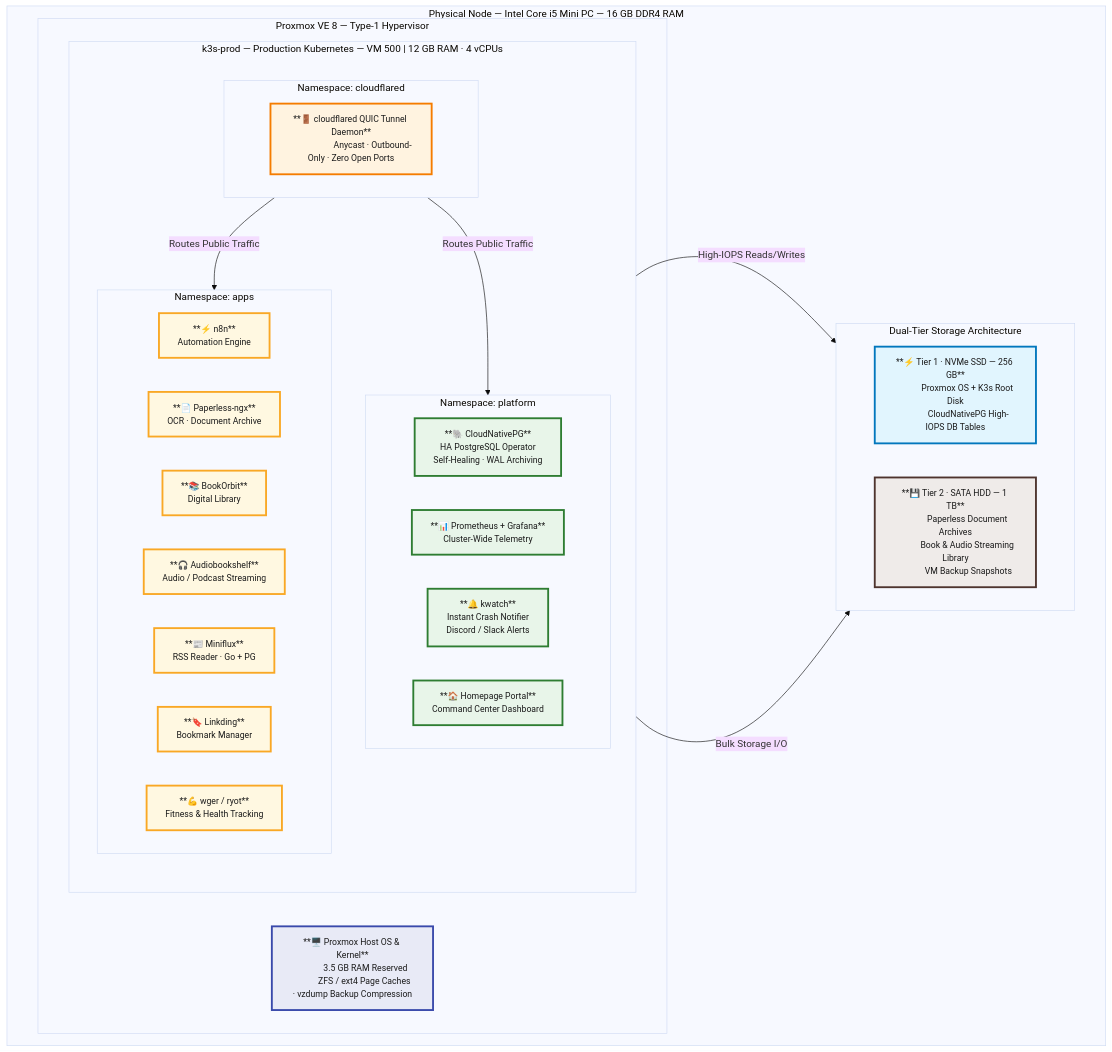
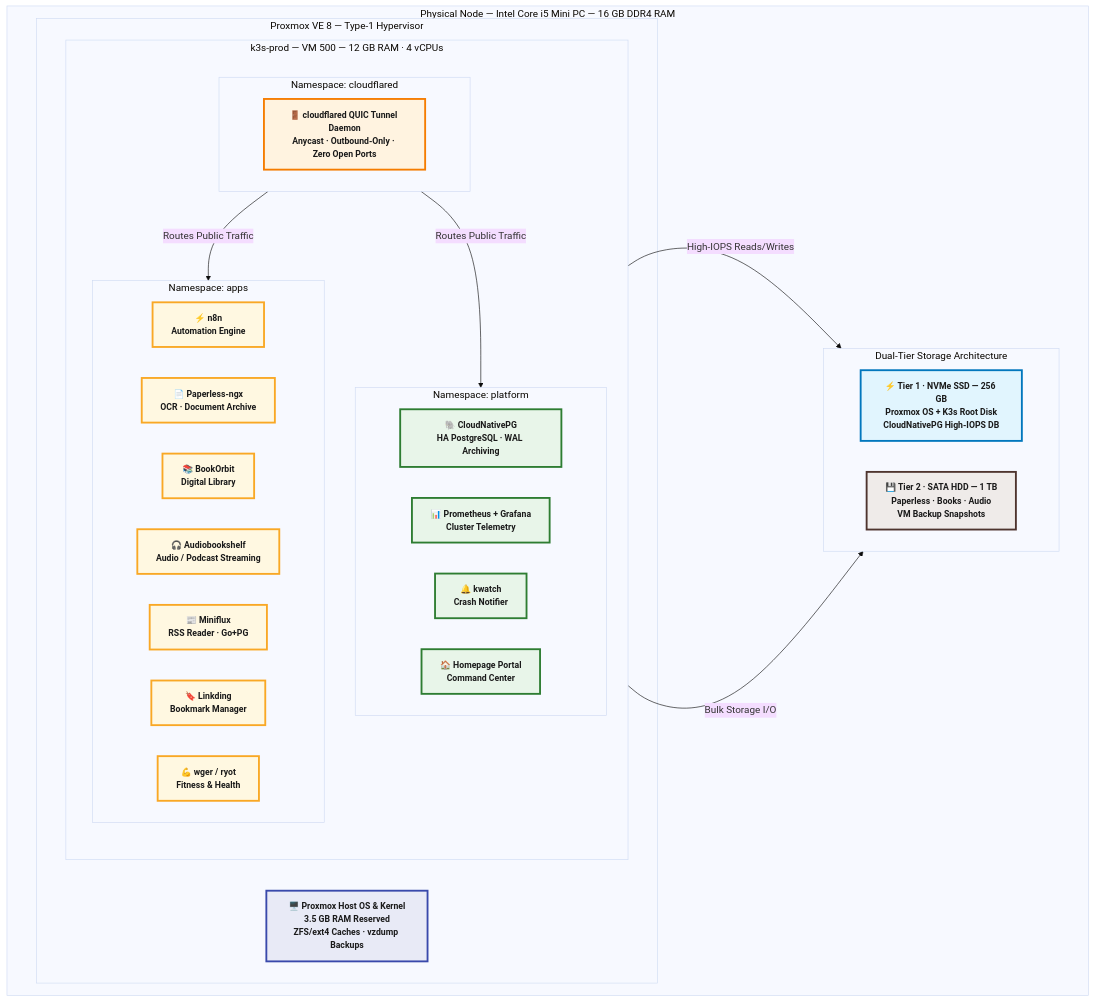
One commit to vsingh55/homelab-ops changed the second of 4 diagrams in README.md. Above: the diagram before and after it, drawn with Mermaid. The commit also changed other lines of this file, not shown here.

Commit message:
fix: remove **bold** markdown (not supported in GitHub Mermaid) and fix Diagram 1 layout from TB to LR

````diff
--- a/README.md
+++ b/README.md
@@ -118,90 +125,80 @@
 ```mermaid
-%%{init: {'theme': 'base', 'themeVariables': {'fontSize': '16px', 'fontFamily': 'Inter, Segoe UI, sans-serif'}, 'flowchart': {'curve': 'basis', 'nodeSpacing': 55, 'rankSpacing': 75}}}%%
+%%{init: {'theme': 'base', 'themeVariables': {'fontSize': '16px', 'fontFamily': 'Inter, Segoe UI, sans-serif'}, 'flowchart': {'curve': 'basis', 'nodeSpacing': 50, 'rankSpacing': 70}}}%%
 flowchart TD
 
-    %% ── GLOBAL COLOUR SYSTEM (mirrors Diagram 1) ─────────────────
-    %% host / hypervisor  → indigo-blue
-    %% ingress / edge     → amber-orange
-    %% platform namespace → green
-    %% apps namespace     → amber-yellow
-    %% NVMe storage       → light-blue
-    %% HDD storage        → brown-grey
-    classDef hostStyle     fill:#E8EAF6,stroke:#3949AB,stroke-width:3px,color:#1A1A1A,font-size:14px;
-    classDef ingressStyle  fill:#FFF3E0,stroke:#F57C00,stroke-width:3px,color:#1A1A1A,font-size:14px;
-    classDef platformStyle fill:#E8F5E9,stroke:#2E7D32,stroke-width:3px,color:#1A1A1A,font-size:14px;
-    classDef appsStyle     fill:#FFF8E1,stroke:#F9A825,stroke-width:3px,color:#1A1A1A,font-size:14px;
-    classDef nvmeStyle     fill:#E1F5FE,stroke:#0277BD,stroke-width:3px,color:#1A1A1A,font-size:14px;
-    classDef hddStyle      fill:#EFEBE9,stroke:#4E342E,stroke-width:3px,color:#1A1A1A,font-size:14px;
+    %% ── GLOBAL COLOUR SYSTEM ─────────────────────────────────────
+    classDef hostStyle     fill:#E8EAF6,stroke:#3949AB,stroke-width:3px,color:#1A1A1A,font-size:14px,font-weight:bold;
+    classDef ingressStyle  fill:#FFF3E0,stroke:#F57C00,stroke-width:3px,color:#1A1A1A,font-size:14px,font-weight:bold;
+    classDef platformStyle fill:#E8F5E9,stroke:#2E7D32,stroke-width:3px,color:#1A1A1A,font-size:14px,font-weight:bold;
+    classDef appsStyle     fill:#FFF8E1,stroke:#F9A825,stroke-width:3px,color:#1A1A1A,font-size:14px,font-weight:bold;
+    classDef nvmeStyle     fill:#E1F5FE,stroke:#0277BD,stroke-width:3px,color:#1A1A1A,font-size:14px,font-weight:bold;
+    classDef hddStyle      fill:#EFEBE9,stroke:#4E342E,stroke-width:3px,color:#1A1A1A,font-size:14px,font-weight:bold;
 
     %% ── PHYSICAL HOST ─────────────────────────────────────────────
     subgraph BareMetal["Physical Node — Intel Core i5 Mini PC — 16 GB DDR4 RAM"]
 
         subgraph Hypervisor["Proxmox VE 8 — Type-1 Hypervisor"]
 
-            HostReserved["**🖥️ Proxmox Host OS & Kernel**
-            3.5 GB RAM Reserved
-            ZFS / ext4 Page Caches · vzdump Backup Compression"]
+            HostReserved["🖥️ Proxmox Host OS & Kernel
+3.5 GB RAM Reserved
+ZFS/ext4 Caches · vzdump Backups"]
 
-            subgraph VM500["k3s-prod — Production Kubernetes — VM 500 | 12 GB RAM · 4 vCPUs"]
+            subgraph VM500["k3s-prod — VM 500 — 12 GB RAM · 4 vCPUs"]
 
                 subgraph NS_Ingress["Namespace: cloudflared"]
                     direction LR
-                    CF_Pod["**🚪 cloudflared QUIC Tunnel Daemon**
-                    Anycast · Outbound-Only · Zero Open Ports"]
+                    CF_Pod["🚪 cloudflared QUIC Tunnel Daemon
+Anycast · Outbound-Only · Zero Open Ports"]
                 end
 
                 subgraph NS_Platform["Namespace: platform"]
                     direction LR
-                    CNPG["**🐘 CloudNativePG**
-                    HA PostgreSQL Operator
-                    Self-Healing · WAL Archiving"]
-                    Telemetry["**📊 Prometheus + Grafana**
-                    Cluster-Wide Telemetry"]
-                    Watch["**🔔 kwatch**
-                    Instant Crash Notifier
-                    Discord / Slack Alerts"]
-                    Dashboard["**🏠 Homepage Portal**
-                    Command Center Dashboard"]
+                    CNPG["🐘 CloudNativePG
+HA PostgreSQL · WAL Archiving"]
+                    Telemetry["📊 Prometheus + Grafana
+Cluster Telemetry"]
+                    Watch["🔔 kwatch
+Crash Notifier"]
+                    Dashboard["🏠 Homepage Portal
+Command Center"]
                 end
 
                 subgraph NS_Apps["Namespace: apps"]
                     direction LR
-                    n8n["**⚡ n8n**
-                    Automation Engine"]
-                    Paperless["**📄 Paperless-ngx**
-                    OCR · Document Archive"]
-                    BookOrbit["**📚 BookOrbit**
-                    Digital Library"]
-                    Audio["**🎧 Audiobookshelf**
-                    Audio / Podcast Streaming"]
-                    RSS["**📰 Miniflux**
-                    RSS Reader · Go + PG"]
-                    Linkding["**🔖 Linkding**
-                    Bookmark Manager"]
-                    Wger["**💪 wger / ryot**
-                    Fitness & Health Tracking"]
+                    n8n["⚡ n8n
+Automation Engine"]
+                    Paperless["📄 Paperless-ngx
+OCR · Document Archive"]
+                    BookOrbit["📚 BookOrbit
+Digital Library"]
+                    Audio["🎧 Audiobookshelf
+Audio / Podcast Streaming"]
+                    RSS["📰 Miniflux
+RSS Reader · Go+PG"]
+                    Linkding["🔖 Linkding
+Bookmark Manager"]
+                    Wger["💪 wger / ryot
+Fitness & Health"]
                 end
 
             end
         end
 
-        %% ── DUAL-TIER STORAGE ────────────────────────────────────
         subgraph StorageLayer["Dual-Tier Storage Architecture"]
             direction LR
-            NVMe["**⚡ Tier 1 · NVMe SSD — 256 GB**
-            Proxmox OS + K3s Root Disk
-            CloudNativePG High-IOPS DB Tables"]
-            HDD["**💾 Tier 2 · SATA HDD — 1 TB**
-            Paperless Document Archives
-            Book & Audio Streaming Library
-            VM Backup Snapshots"]
+            NVMe["⚡ Tier 1 · NVMe SSD — 256 GB
+Proxmox OS + K3s Root Disk
+CloudNativePG High-IOPS DB"]
+            HDD["💾 Tier 2 · SATA HDD — 1 TB
+Paperless · Books · Audio
+VM Backup Snapshots"]
         end
 
     end
 
     %% ── FLOWS ─────────────────────────────────────────────────────
-    CF_Pod -- "Routes Public Traffic"  --> NS_Platform
-    CF_Pod -- "Routes Public Traffic"  --> NS_Apps
+    CF_Pod -- "Routes Public Traffic" --> NS_Platform
+    CF_Pod -- "Routes Public Traffic" --> NS_Apps
     VM500  -- "High-IOPS Reads/Writes" --> NVMe
     VM500  -- "Bulk Storage I/O"       --> HDD
 
````
